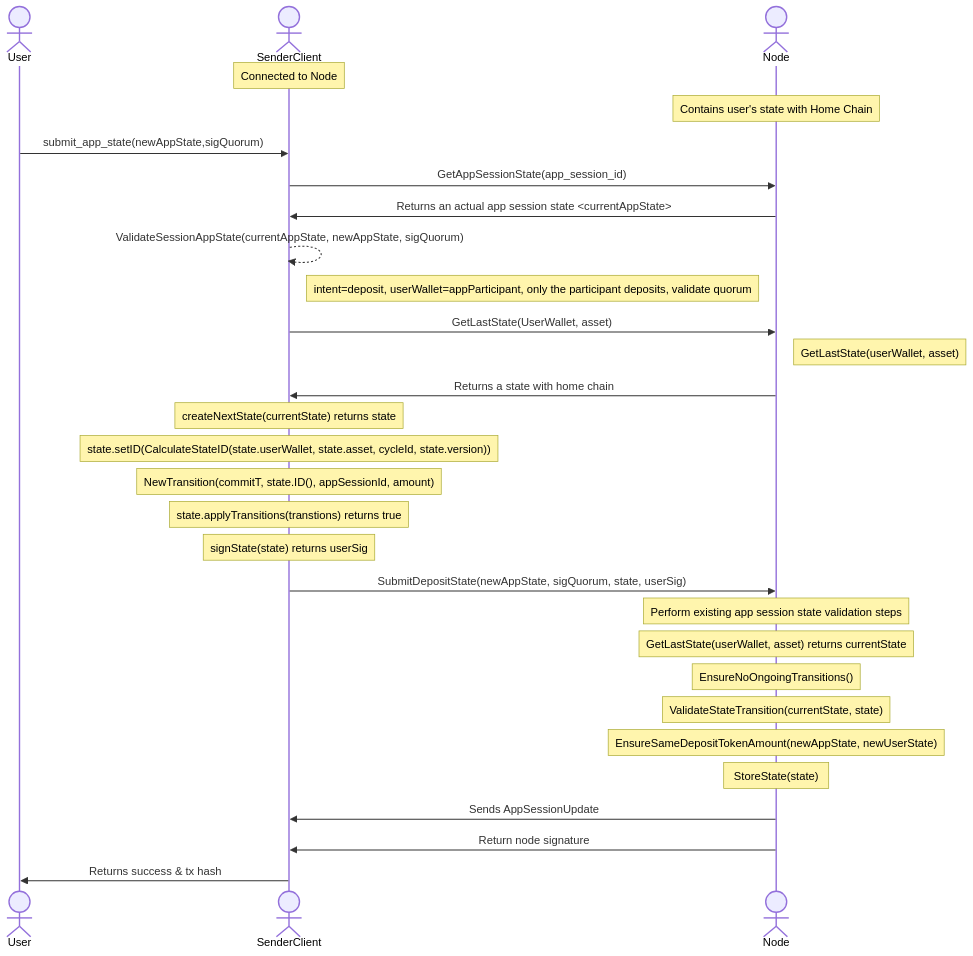
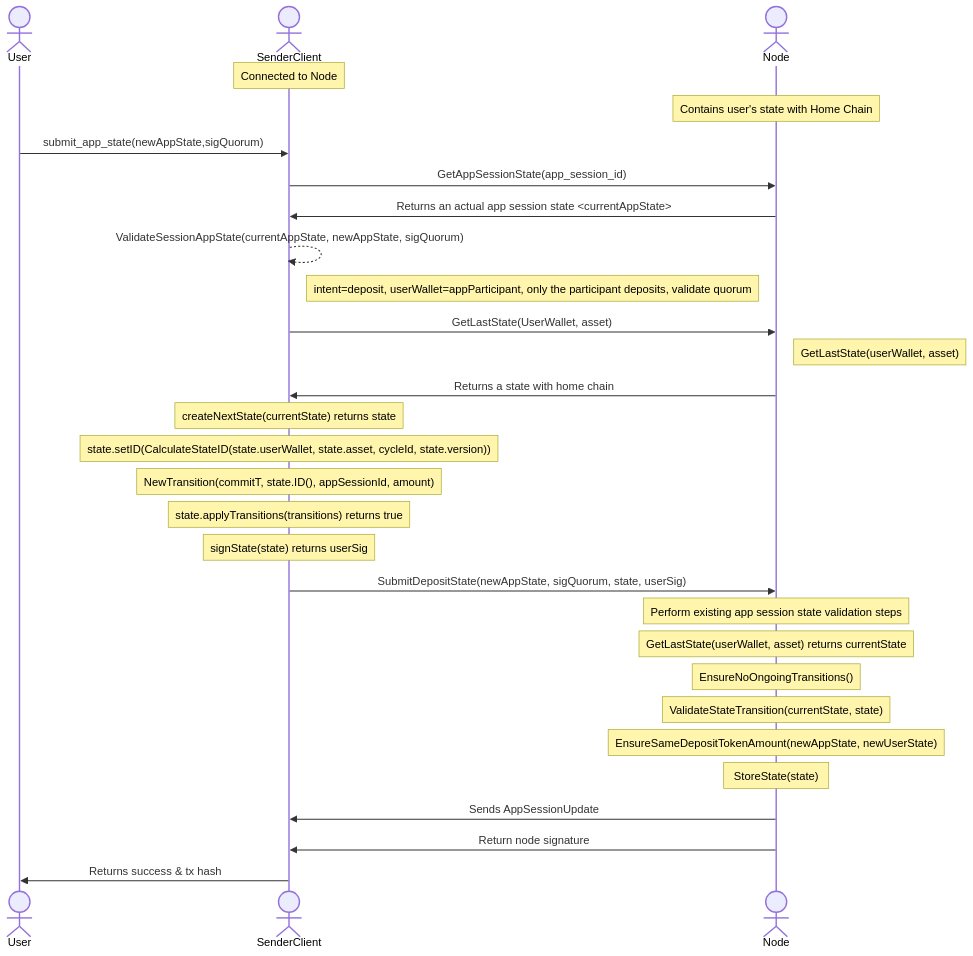
Before and after one commit to erc7824/nitrolite: the diagram in docs/v1/communication_flows/app_session_deposit.mmd, drawn with Mermaid. The commit also changed 10 other files, not shown here.

```diff
--- a/docs/v1/communication_flows/app_session_deposit.mmd
+++ b/docs/v1/communication_flows/app_session_deposit.mmd
@@ -1,50 +1,50 @@
 sequenceDiagram
         actor User
         actor SenderClient
         actor Node
         
         Note over SenderClient: Connected to Node
         Note over Node: Contains user's state with Home Chain 
 
         %% {
         %%         newAppState {
         %%                 app_session_id: appSessionId as Hex,
         %%                 intentDeposit,
         %%                 version,
         %%                 allocations,
         %%                 session_data: JSON.stringify(sessionData),
         %%         }
         %%         sigQuorum: []
         %%         NewUserState
         %% }
 
         User->>SenderClient: submit_app_state(newAppState,sigQuorum)
 
         SenderClient->>Node: GetAppSessionState(app_session_id)
         Node->>SenderClient: Returns an actual app session state <currentAppState>
 
         SenderClient-->>SenderClient: ValidateSessionAppState(currentAppState, newAppState, sigQuorum)
         Note right of SenderClient: intent=deposit, userWallet=appParticipant, only the participant deposits, validate quorum
 
         SenderClient->>Node: GetLastState(UserWallet, asset)
         Note right of Node: GetLastState(userWallet, asset)
         Node->>SenderClient: Returns a state with home chain
         %% Note over SenderClient: Check current state transitions
         Note over SenderClient: createNextState(currentState) returns state
         Note over SenderClient: state.setID(CalculateStateID(state.userWallet, state.asset, cycleId, state.version))
         Note over SenderClient: NewTransition(commitT, state.ID(), appSessionId, amount)
-        Note over SenderClient: state.applyTransitions(transtions) returns true
+        Note over SenderClient: state.applyTransitions(transitions) returns true
         Note over SenderClient: signState(state) returns userSig
 
         SenderClient->>Node: SubmitDepositState(newAppState, sigQuorum, state, userSig)
 
         Note over Node: Perform existing app session state validation steps
         Note over Node: GetLastState(userWallet, asset) returns currentState
         Note over Node: EnsureNoOngoingTransitions()
         Note over Node: ValidateStateTransition(currentState, state)
         Note over Node: EnsureSameDepositTokenAmount(newAppState, newUserState)
         Note over Node: StoreState(state)
 
         Node->>SenderClient: Sends AppSessionUpdate
         Node->>SenderClient: Return node signature
         SenderClient->>User: Returns success & tx hash
```
